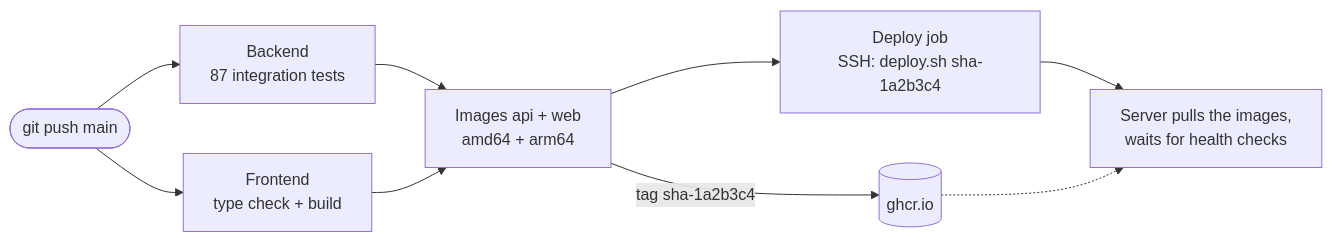
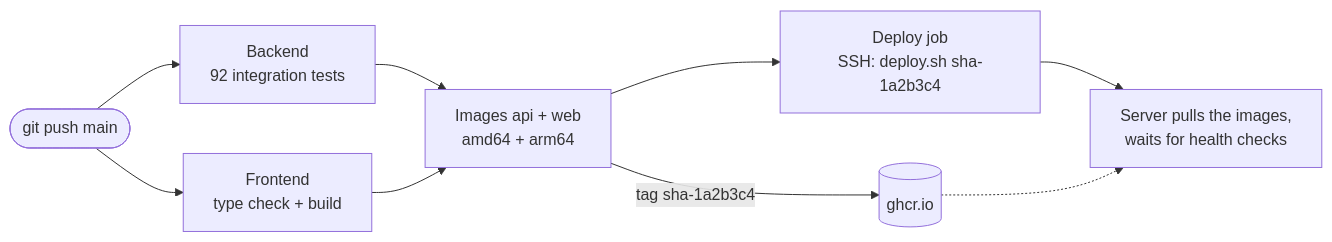
The second of 2 diagrams in README.md (smalirat/torneo-exalumnos), drawn with Mermaid before and after one commit. The commit also changed other lines of this file and 4 other files, not shown here.

````diff
--- a/README.md
+++ b/README.md
@@ -64,11 +64,11 @@
 ```mermaid
 flowchart LR
-    push([git push main]) --> backend["Backend<br/>87 integration tests"]
+    push([git push main]) --> backend["Backend<br/>92 integration tests"]
     push --> frontend["Frontend<br/>type check + build"]
     backend --> images["Images api + web<br/>amd64 + arm64"]
     frontend --> images
     images -- "tag sha-1a2b3c4" --> ghcr[(ghcr.io)]
     images --> deploy["Deploy job<br/>SSH: deploy.sh sha-1a2b3c4"]
     deploy --> srv["Server pulls the images,<br/>waits for health checks"]
     ghcr -.-> srv
 ```
````
